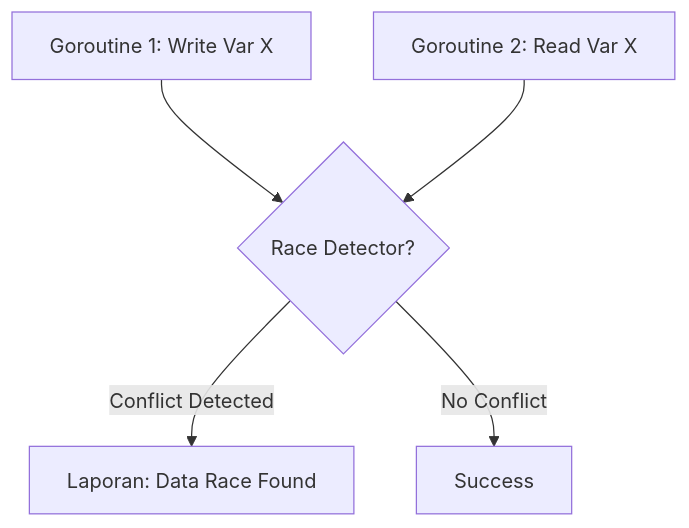
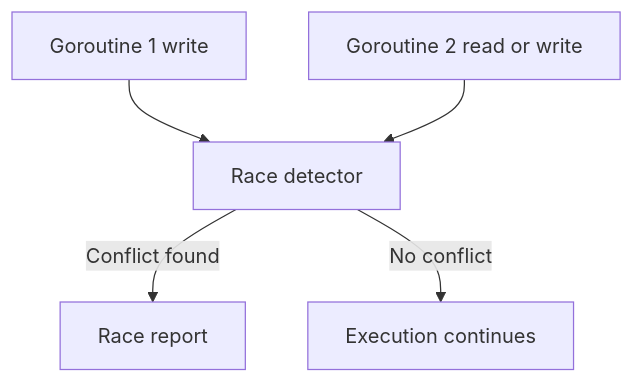
Before and after one commit to syahputrawork98-sketch/Golang-Knowledge-Base: the diagram in RAK-03-evolution/SR-02-testing-quality/BK-03-reliability/CH-02-race-detector/README.md, drawn with Mermaid. The commit also changed other lines of this file and 61 other files, not shown here.

````diff
--- a/RAK-03-evolution/SR-02-testing-quality/BK-03-reliability/CH-02-race-detector/README.md
+++ b/RAK-03-evolution/SR-02-testing-quality/BK-03-reliability/CH-02-race-detector/README.md
@@ -36,7 +35,7 @@
 ```mermaid
 graph TD
-    A[Goroutine 1: Write Var X] --> R{Race Detector?}
-    B[Goroutine 2: Read Var X] --> R
-    R -->|Conflict Detected| Report[Laporan: Data Race Found]
-    R -->|No Conflict| Success[Success]
+    G1[Goroutine 1 write] --> Detector[Race detector]
+    G2[Goroutine 2 read or write] --> Detector
+    Detector -->|Conflict found| Report[Race report]
+    Detector -->|No conflict| Continue[Execution continues]
 ```
````
